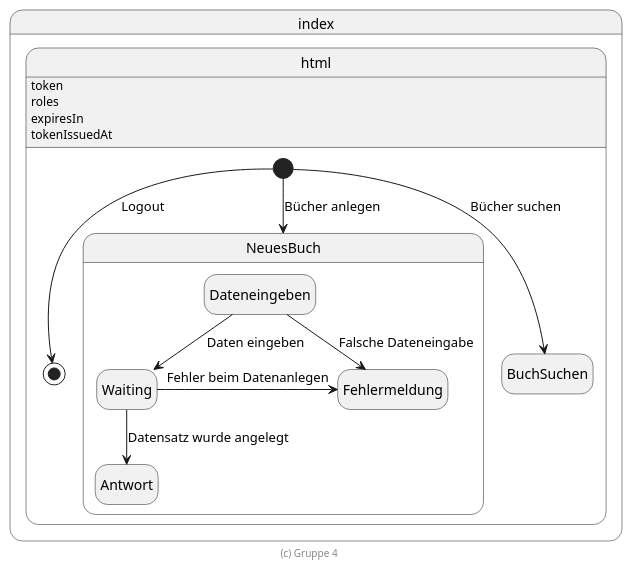
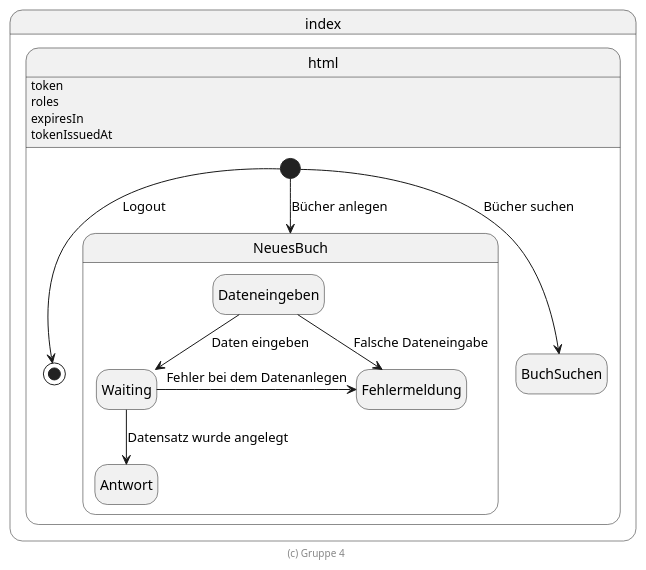
Before and after one commit to Atomfried13/swe_abgabe_2_webserver: the diagram in doc/zustandsdiagramm-eingeloggt-admin.plantuml, drawn with PlantUML. The commit also changed 8 other files, not shown here.

```diff
--- a/doc/zustandsdiagramm-eingeloggt-admin.plantuml
+++ b/doc/zustandsdiagramm-eingeloggt-admin.plantuml
@@ -1,33 +1,33 @@
 @startuml Zustandsdiagramm
 
 hide empty description
 
 state index.html {
     index.html: token
     index.html: roles
     index.html: expiresIn
     index.html: tokenIssuedAt
 
     [*] --> [*]: Logout
     [*] --> NeuesBuch: Bücher anlegen
     [*] --> BuchSuchen: Bücher suchen
     
     state BuchSuchen
 
     state NeuesBuch{
         state Dateneingeben
         state Waiting
         state Antwort
         state Fehlermeldung
 
         Dateneingeben --> Waiting: Daten eingeben
         Dateneingeben --> Fehlermeldung: Falsche Dateneingabe
 
         Waiting --> Antwort: Datensatz wurde angelegt
-        Waiting -right-> Fehlermeldung: Fehler beim Datenanlegen 
+        Waiting -right-> Fehlermeldung: Fehler bei dem Datenanlegen 
     }
 }
 
 footer (c) Gruppe 4
 
 @enduml
```
